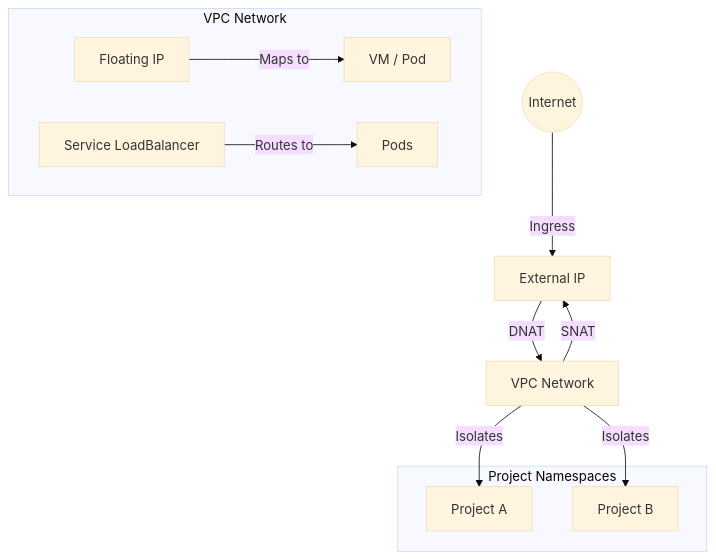
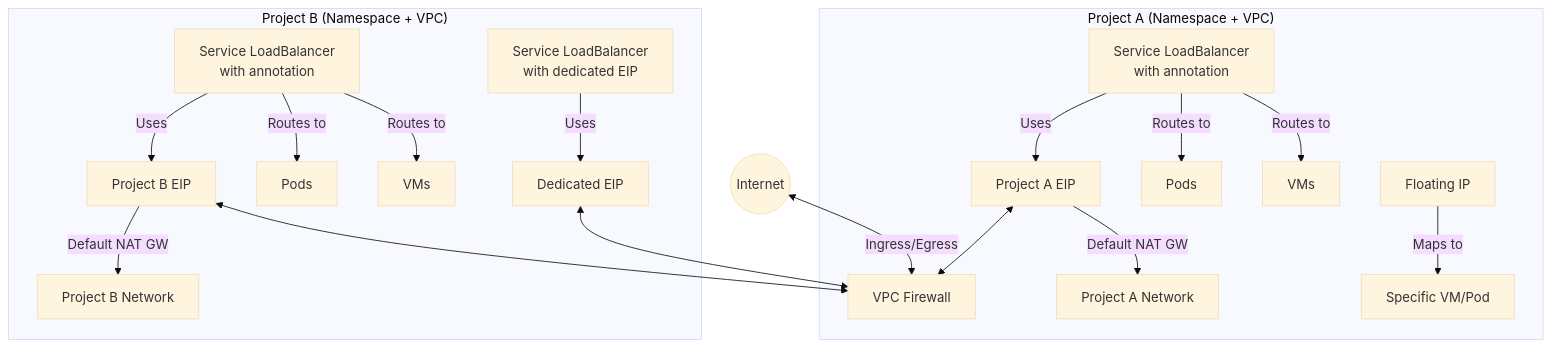
One commit to kube-dc/kube-dc-public changed the diagram in docs/architecture-networking.md. Above: the diagram before and after it, drawn with Mermaid (base theme). The commit also changed other lines of this file and 4 other files, not shown here.

````diff
--- a/docs/architecture-networking.md
+++ b/docs/architecture-networking.md
@@ -9,19 +9,27 @@
 ```mermaid
 graph TB
-    Internet((Internet)) -->|Ingress| EIP[External IP]
-    EIP -->|DNAT| VPC[VPC Network]
-    VPC -->|SNAT| EIP
-    
-    subgraph "VPC Network"
-        FIP[Floating IP] -->|Maps to| VM[VM / Pod]
-        SVC[Service LoadBalancer] -->|Routes to| POD[Pods]
+    Internet((Internet)) <-->|Ingress/Egress| FW[VPC Firewall]
+
+    subgraph "Project A (Namespace + VPC)"
+        PROJ_A_EIP[Project A EIP] <--> FW
+        PROJ_A_EIP -->|Default NAT GW| PROJ_A_NET[Project A Network]
+        
+        SVC_LB_A[Service LoadBalancer<br/>with annotation] -->|Uses| PROJ_A_EIP
+        SVC_LB_A -->|Routes to| POD_A[Pods]
+        SVC_LB_A -->|Routes to| VM_A[VMs]
+        
+        FIP_A[Floating IP] -->|Maps to| VM_A_TARGET[Specific VM/Pod]
     end
     
-    subgraph "Project Namespaces"
-        PROJ1[Project A]
-        PROJ2[Project B]
+    subgraph "Project B (Namespace + VPC)"
+        PROJ_B_EIP[Project B EIP] <--> FW
+        PROJ_B_EIP -->|Default NAT GW| PROJ_B_NET[Project B Network]
+        
+        SVC_LB_B[Service LoadBalancer<br/>with annotation] -->|Uses| PROJ_B_EIP
+        SVC_LB_B -->|Routes to| POD_B[Pods]
+        SVC_LB_B -->|Routes to| VM_B[VMs]
+        
+        DEDICATED_EIP[Dedicated EIP] <--> FW
+        SVC_LB_B_DEDICATED[Service LoadBalancer<br/>with dedicated EIP] -->|Uses| DEDICATED_EIP
     end
-    
-    VPC -->|Isolates| PROJ1
-    VPC -->|Isolates| PROJ2
 ```
````
